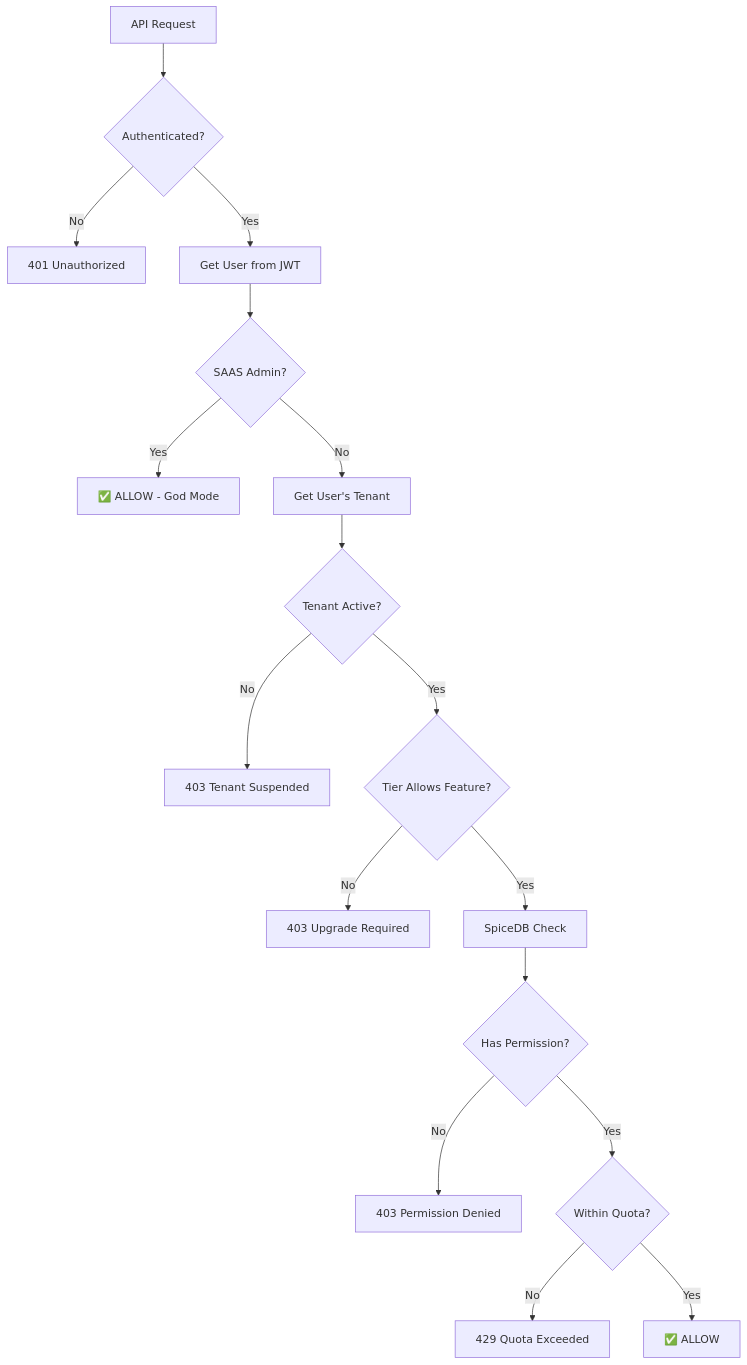
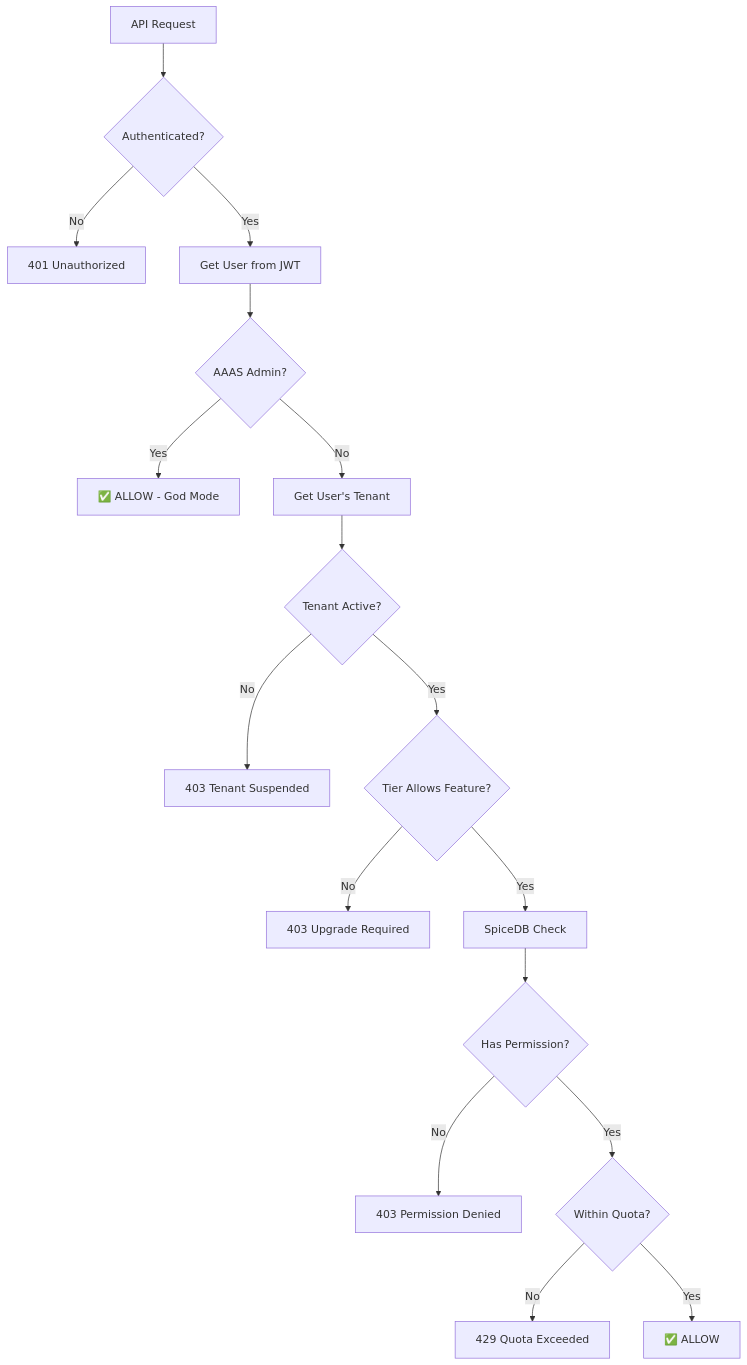
One commit to somatechlat/somaagent01 changed the first of 2 diagrams in docs/srs/SRS-PERMISSION-MATRIX.md. Above: the diagram before and after it, drawn with Mermaid. The commit also changed other lines of this file and 206 other files, not shown here.

````diff
--- a/docs/srs/SRS-PERMISSION-MATRIX.md
+++ b/docs/srs/SRS-PERMISSION-MATRIX.md
@@ -167,24 +167,24 @@
 ```mermaid
 flowchart TD
     A[API Request] --> B{Authenticated?}
     B -->|No| C[401 Unauthorized]
     B -->|Yes| D[Get User from JWT]
 
-    D --> E{SAAS Admin?}
+    D --> E{AAAS Admin?}
     E -->|Yes| F[✅ ALLOW - God Mode]
 
     E -->|No| G[Get User's Tenant]
     G --> H{Tenant Active?}
     H -->|No| I[403 Tenant Suspended]
 
     H -->|Yes| J{Tier Allows Feature?}
     J -->|No| K[403 Upgrade Required]
 
     J -->|Yes| L[SpiceDB Check]
     L --> M{Has Permission?}
     M -->|No| N[403 Permission Denied]
     M -->|Yes| O{Within Quota?}
 
     O -->|No| P[429 Quota Exceeded]
     O -->|Yes| Q[✅ ALLOW]
 ```
````
